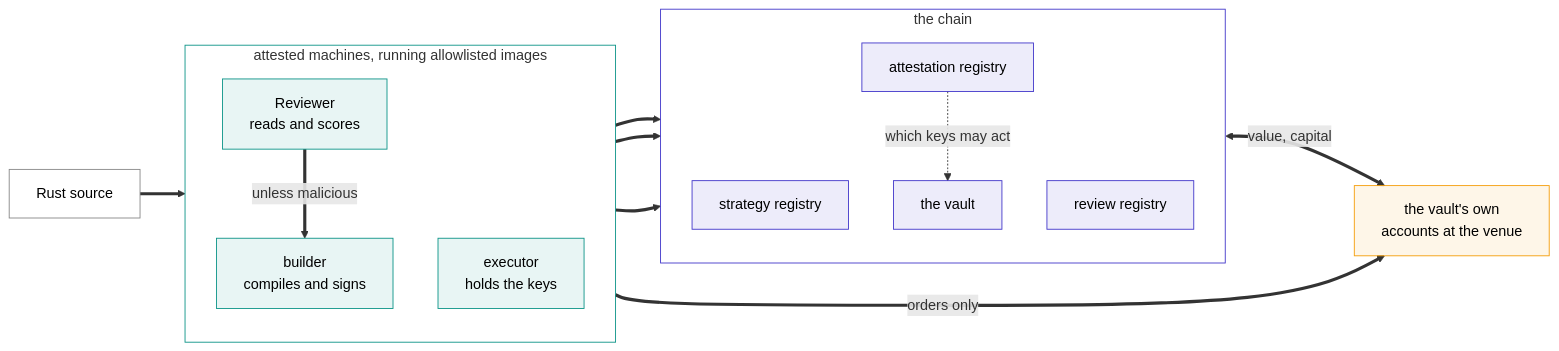
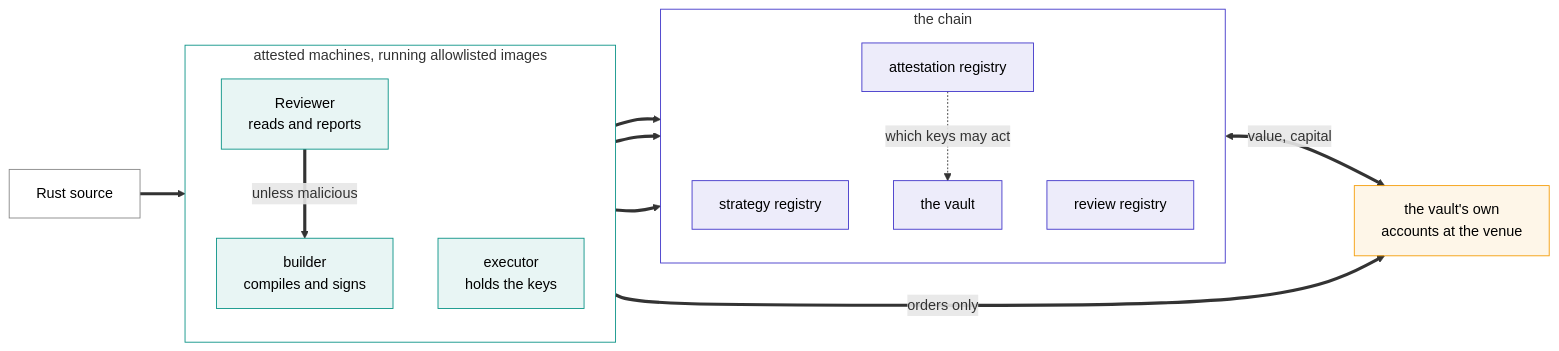
The diagram in docs/content/how-it-works/index.md (ShoninFi/shonin-platform), drawn with Mermaid before and after one commit. The commit also changed other lines of this file and 18 other files, not shown here.

````diff
--- a/docs/content/how-it-works/index.md
+++ b/docs/content/how-it-works/index.md
@@ -7,41 +7,41 @@
 ```mermaid
 flowchart LR
     A1["Rust source"]
 
     subgraph PLATFORM["attested machines, running allowlisted images"]
         direction TB
-        B2["Reviewer<br/>reads and scores"]
+        B2["Reviewer<br/>reads and reports"]
         B1["builder<br/>compiles and signs"]
         B3["executor<br/>holds the keys"]
     end
 
     subgraph CHAIN["the chain"]
         direction TB
         C1["strategy registry"]
         C2["review registry"]
         C3["attestation registry"]
         C4["the vault"]
     end
 
     D1["the vault's own<br/>accounts at the venue"]
 
     A1 ==> B2
     B2 ==> C2
     B2 ==>|"unless malicious"| B1
     B1 ==> C1
     B3 ==> C3
     C3 -.->|"which keys may act"| C4
     C4 <==>|"value, capital"| D1
     B3 ==>|"orders only"| D1
 
     classDef image fill:#0d948818,stroke:#0d9488,color:inherit
     classDef chain fill:#4338ca18,stroke:#4338ca,color:inherit
     classDef venue fill:#f59e0b18,stroke:#f59e0b,color:inherit
     classDef source fill:none,stroke:#888,color:inherit
     class B1,B2,B3 image
     class C1,C2,C3,C4 chain
     class D1 venue
     class A1 source
     style PLATFORM fill:none,stroke:#0d9488,stroke-width:1px
     style CHAIN fill:none,stroke:#4338ca,stroke-width:1px
 ```
````
